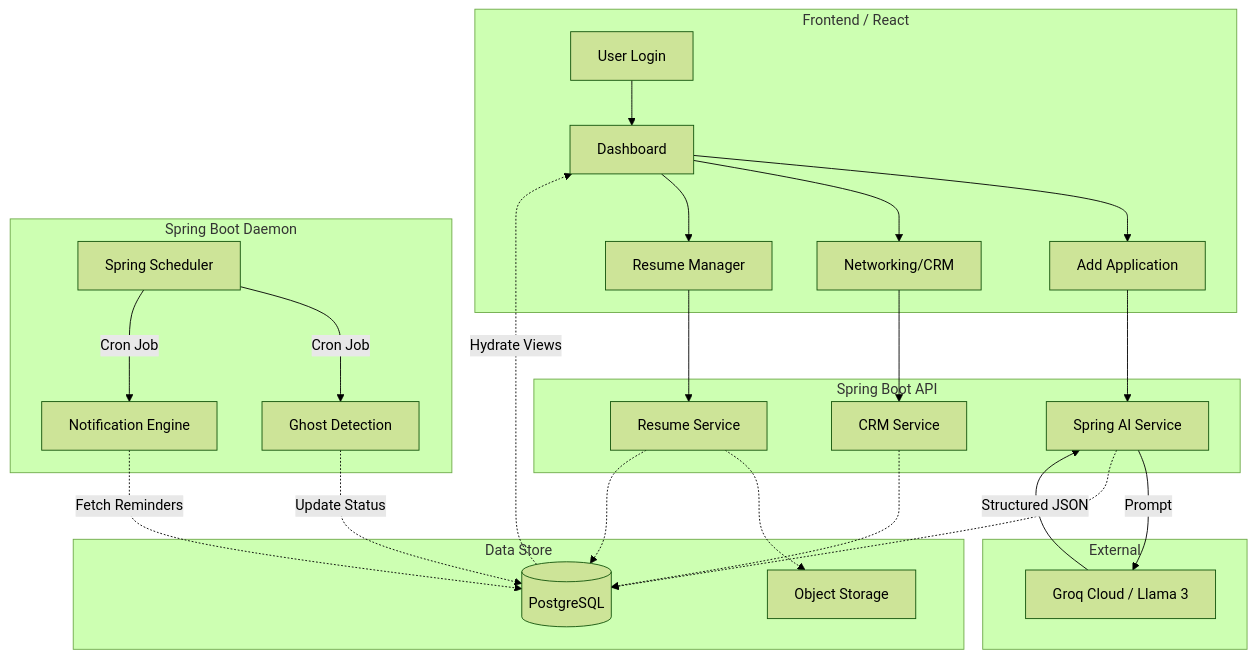
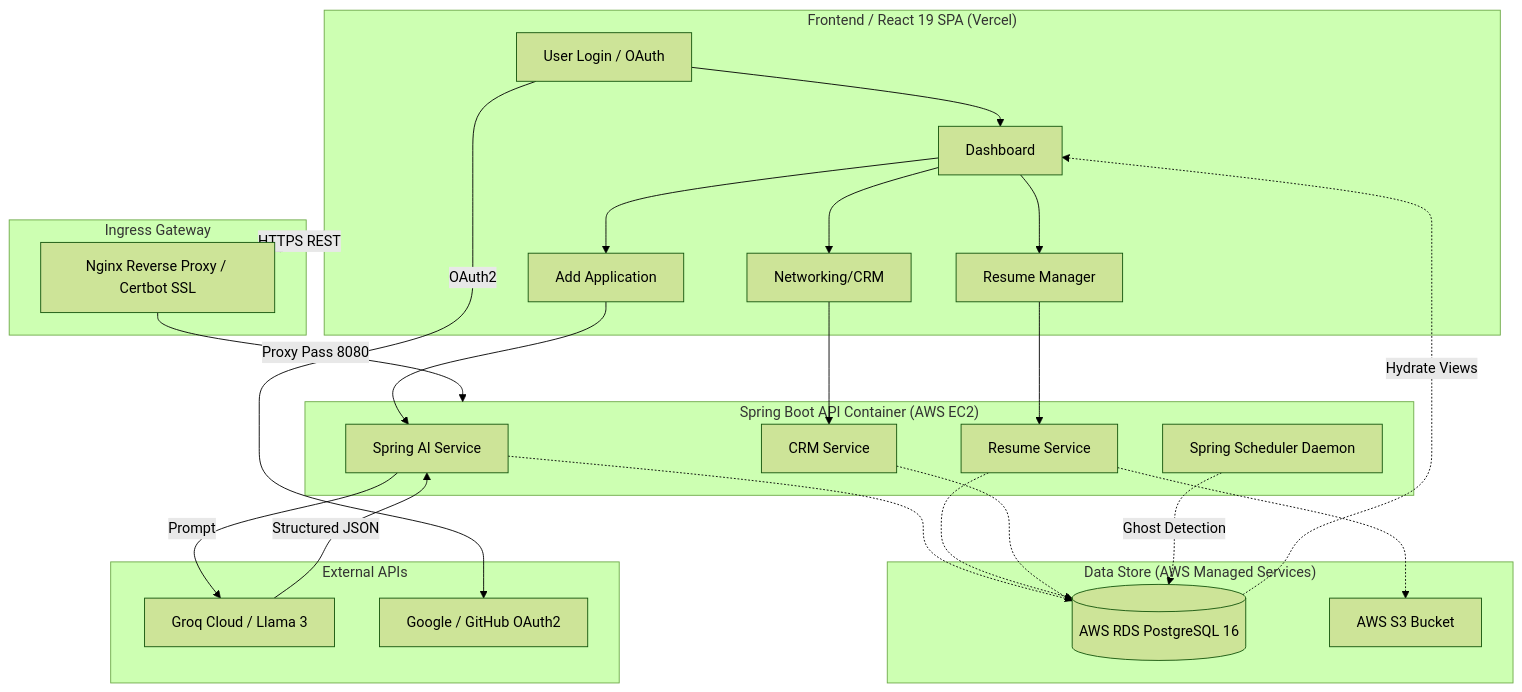
Before and after one commit to vaibhv19/Trajectory: the diagram in README.md, drawn with Mermaid (forest theme). The commit also changed other lines of this file, not shown here.

Commit message:
docs: update root README with React 19 and production architecture

````diff
--- a/README.md
+++ b/README.md
@@ -75,49 +75,50 @@
 ```mermaid
 graph TD
     %% User Interaction Layer
-    subgraph User_Interface [Frontend / React]
-        A[User Login] --> B[Dashboard]
-        B --> C[Add Application]
-        B --> D[Networking/CRM]
-        B --> E[Resume Manager]
+    subgraph User_Interface ["Frontend / React 19 SPA (Vercel)"]
+        A["User Login / OAuth"] --> B["Dashboard"]
+        B --> C["Add Application"]
+        B --> D["Networking/CRM"]
+        B --> E["Resume Manager"]
+    end
+
+    %% Edge & Proxy Layer
+    subgraph Proxy_Layer ["Ingress Gateway"]
+        Nginx["Nginx Reverse Proxy / Certbot SSL"]
     end
 
     %% Backend Processing Layer
-    subgraph Backend_Services [Spring Boot API]
-        C1[Spring AI Service]
-        C2[Resume Service]
-        D1[CRM Service]
+    subgraph Backend_Services ["Spring Boot API Container (AWS EC2)"]
+        C1["Spring AI Service"]
+        C2["Resume Service"]
+        D1["CRM Service"]
+        F["Spring Scheduler Daemon"]
         
         C --> C1
         E --> C2
         D --> D1
     end
 
     %% External & AI
-    subgraph External_Providers [External]
-        C1 -->|Prompt| G[Groq Cloud / Llama 3]
+    subgraph External_Providers ["External APIs"]
+        C1 -->|Prompt| G["Groq Cloud / Llama 3"]
         G -->|Structured JSON| C1
-    end
-
-    %% Background Logic
-    subgraph Background_Workers [Spring Boot Daemon]
-        F[Spring Scheduler]
-        F -->|Cron Job| F1[Ghost Detection]
-        F -->|Cron Job| F2[Notification Engine]
+        A -->|OAuth2| OAuth["Google / GitHub OAuth2"]
     end
 
     %% Data Layer
-    subgraph Persistence [Data Store]
-        DB[(PostgreSQL)]
-        S3[Object Storage]
+    subgraph Persistence ["Data Store (AWS Managed Services)"]
+        DB[("AWS RDS PostgreSQL 16")]
+        S3["AWS S3 Bucket"]
     end
 
-    %% Connections to DB
+    %% Network Connections
+    User_Interface -->|HTTPS REST| Nginx
+    Nginx -->|Proxy Pass 8080| Backend_Services
     C1 -.-> DB
     C2 -.-> S3
     C2 -.-> DB
     D1 -.-> DB
-    F1 -.->|Update Status| DB
-    F2 -.->|Fetch Reminders| DB
+    F -.->|Ghost Detection| DB
     DB -.->|Hydrate Views| B
 ```
````
